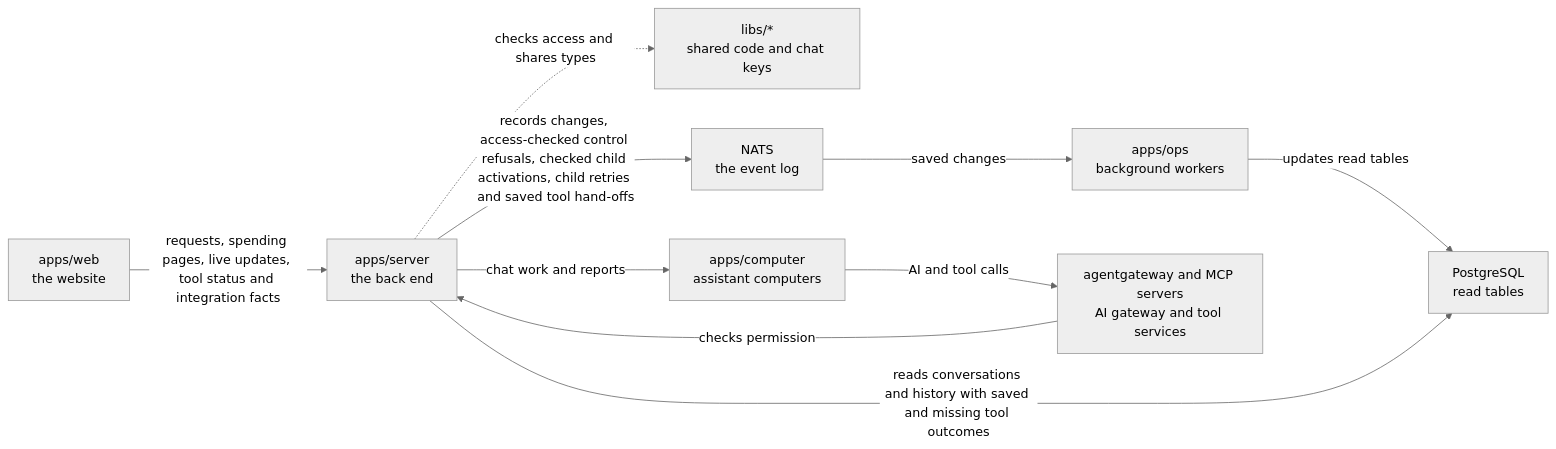
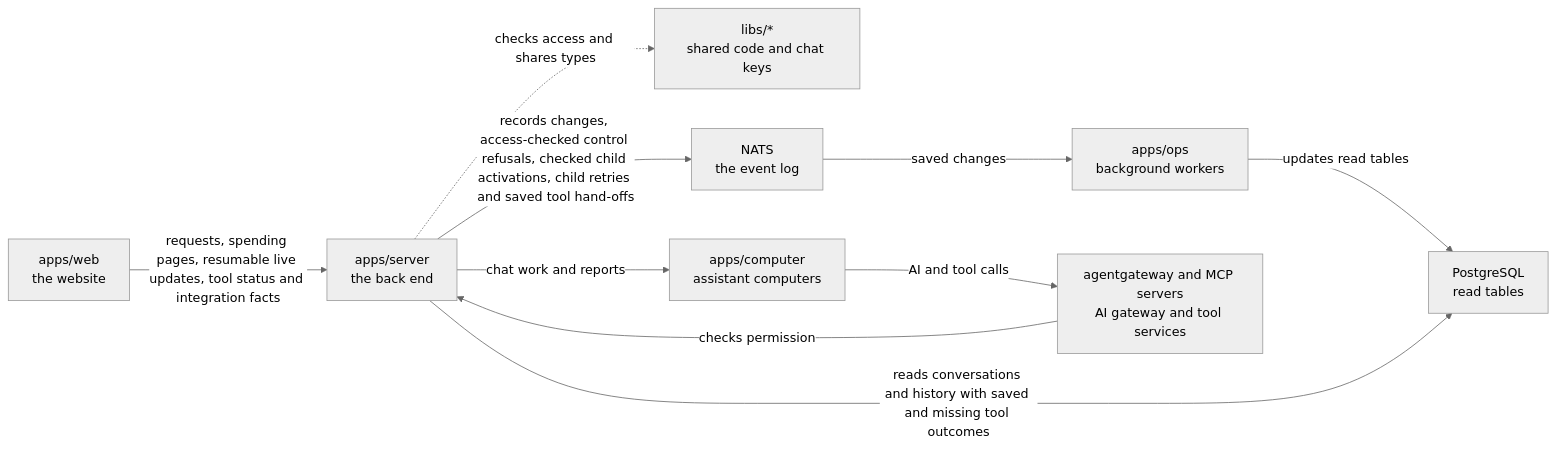
The diagram in apps/server/README.md (elewa-git/opencrane-new), drawn with Mermaid (neutral theme) before and after one commit. The commit also changed other lines of this file and 8 other files, not shown here.

````diff
--- a/apps/server/README.md
+++ b/apps/server/README.md
@@ -31,12 +31,12 @@
 ```mermaid
 flowchart LR
-  web["apps/web<br/>the website"] -->|requests, spending pages, live updates, tool status and integration facts| server["apps/server<br/>the back end"]
+  web["apps/web<br/>the website"] -->|requests, spending pages, resumable live updates, tool status and integration facts| server["apps/server<br/>the back end"]
   server -.->|checks access and shares types| libs["libs/*<br/>shared code and chat keys"]
   server -->|records changes, access-checked control refusals, checked child activations, child retries and saved tool hand-offs| nats["NATS<br/>the event log"]
   nats -->|saved changes| ops["apps/ops<br/>background workers"]
   ops -->|updates read tables| postgres["PostgreSQL<br/>read tables"]
   server -->|reads conversations and history with saved and missing tool outcomes| postgres
   server -->|chat work and reports| computer["apps/computer<br/>assistant computers"]
   computer -->|AI and tool calls| runtime["agentgateway and MCP servers<br/>AI gateway and tool services"]
   runtime -->|checks permission| server
 ```
````
